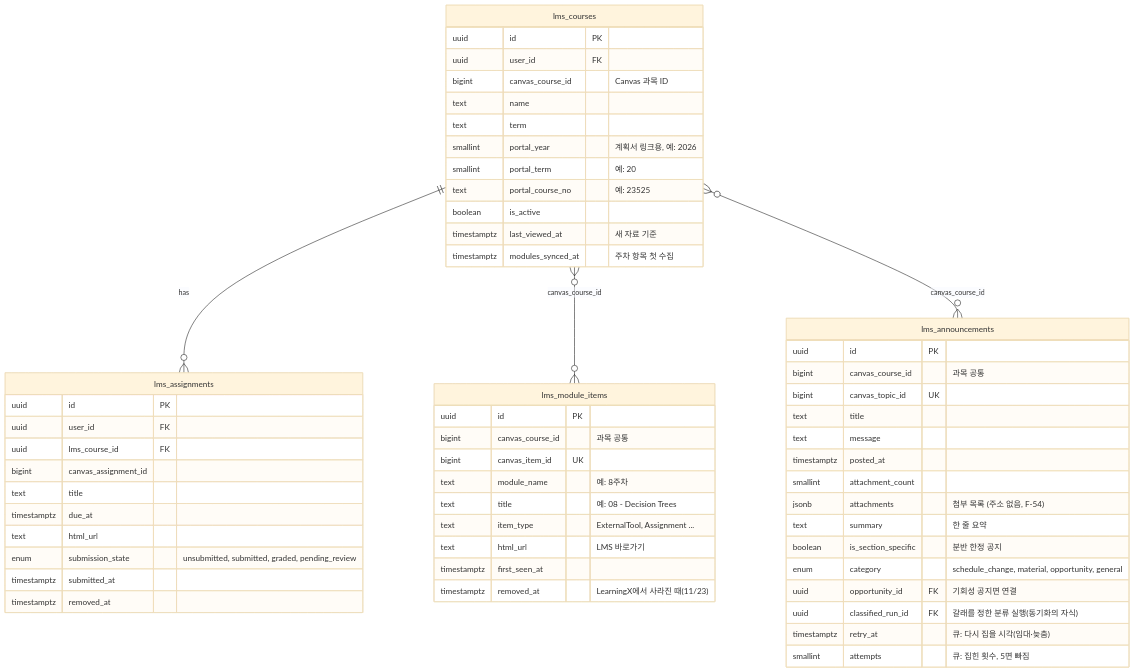
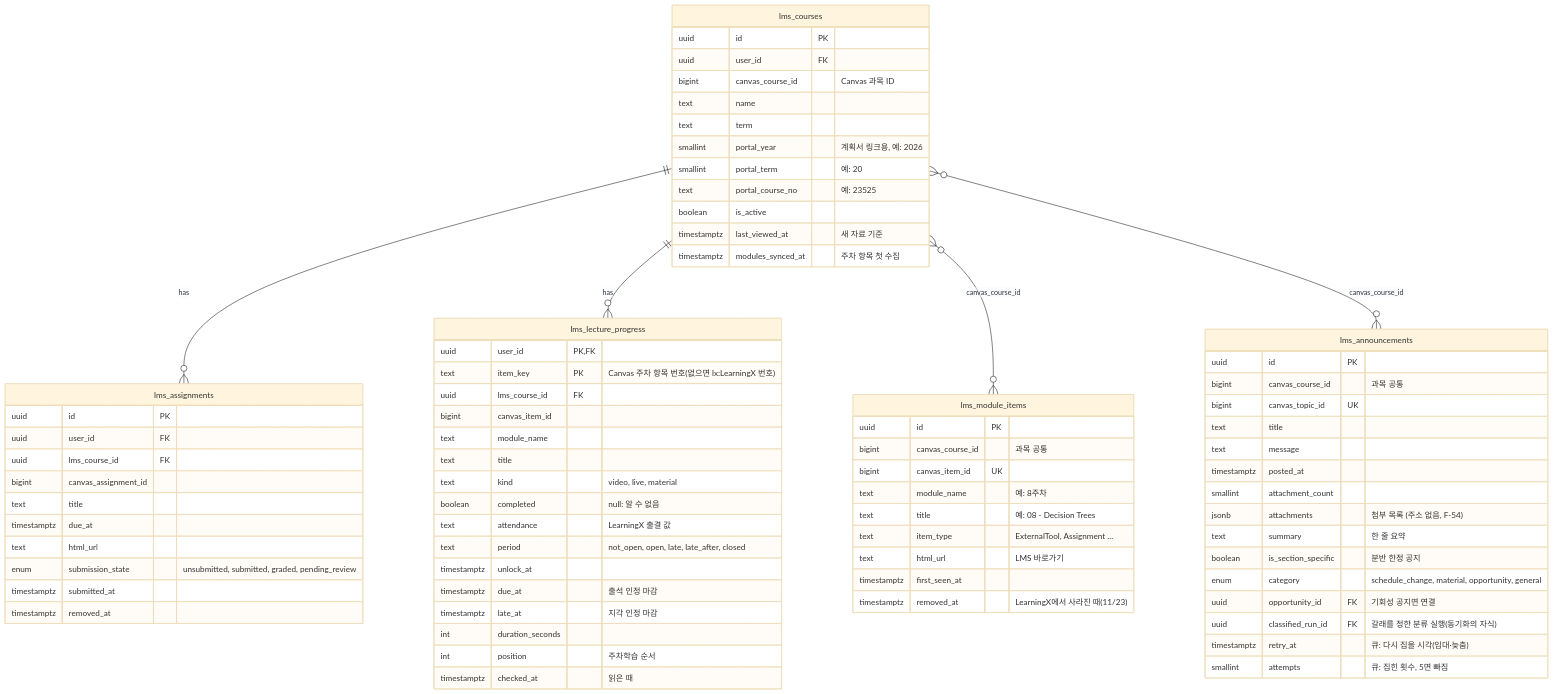
The third of 6 diagrams in docs/ERD_v0.9.md (Happy623623/Unipivot), drawn with Mermaid (base theme) before and after one commit. The commit also changed other lines of this file and 30 other files, not shown here.

````diff
--- a/docs/ERD_v0.9.md
+++ b/docs/ERD_v0.9.md
@@ -214,59 +216,78 @@
 ```mermaid
 erDiagram
     lms_courses {
         uuid id PK
         uuid user_id FK
         bigint canvas_course_id "Canvas 과목 ID"
         text name
         text term
         smallint portal_year "계획서 링크용, 예: 2026"
         smallint portal_term "예: 20"
         text portal_course_no "예: 23525"
         boolean is_active
         timestamptz last_viewed_at "새 자료 기준"
         timestamptz modules_synced_at "주차 항목 첫 수집"
     }
     lms_assignments {
         uuid id PK
         uuid user_id FK
         uuid lms_course_id FK
         bigint canvas_assignment_id
         text title
         timestamptz due_at
         text html_url
         enum submission_state "unsubmitted, submitted, graded, pending_review"
         timestamptz submitted_at
         timestamptz removed_at
     }
     lms_module_items {
         uuid id PK
         bigint canvas_course_id "과목 공통"
         bigint canvas_item_id UK
         text module_name "예: 8주차"
         text title "예: 08 - Decision Trees"
         text item_type "ExternalTool, Assignment ..."
         text html_url "LMS 바로가기"
         timestamptz first_seen_at
         timestamptz removed_at "LearningX에서 사라진 때(11/23)"
     }
     lms_announcements {
         uuid id PK
         bigint canvas_course_id "과목 공통"
         bigint canvas_topic_id UK
         text title
         text message
         timestamptz posted_at
         smallint attachment_count
         jsonb attachments "첨부 목록 (주소 없음, F-54)"
         text summary "한 줄 요약"
         boolean is_section_specific "분반 한정 공지"
         enum category "schedule_change, material, opportunity, general"
         uuid opportunity_id FK "기회성 공지면 연결"
         uuid classified_run_id FK "갈래를 정한 분류 실행(동기화의 자식)"
         timestamptz retry_at "큐: 다시 집을 시각(임대·늦춤)"
         smallint attempts "큐: 집힌 횟수, 5면 빠짐"
     }
+    lms_lecture_progress {
+        uuid user_id PK, FK
+        text item_key PK "Canvas 주차 항목 번호(없으면 lx:LearningX 번호)"
+        uuid lms_course_id FK
+        bigint canvas_item_id
+        text module_name
+        text title
+        text kind "video, live, material"
+        boolean completed "null: 알 수 없음"
+        text attendance "LearningX 출결 값"
+        text period "not_open, open, late, late_after, closed"
+        timestamptz unlock_at
+        timestamptz due_at "출석 인정 마감"
+        timestamptz late_at "지각 인정 마감"
+        int duration_seconds
+        int position "주차학습 순서"
+        timestamptz checked_at "읽은 때"
+    }
     lms_courses ||--o{ lms_assignments : "has"
+    lms_courses ||--o{ lms_lecture_progress : "has"
     lms_courses }o--o{ lms_module_items : "canvas_course_id"
     lms_courses }o--o{ lms_announcements : "canvas_course_id"
 ```
````
